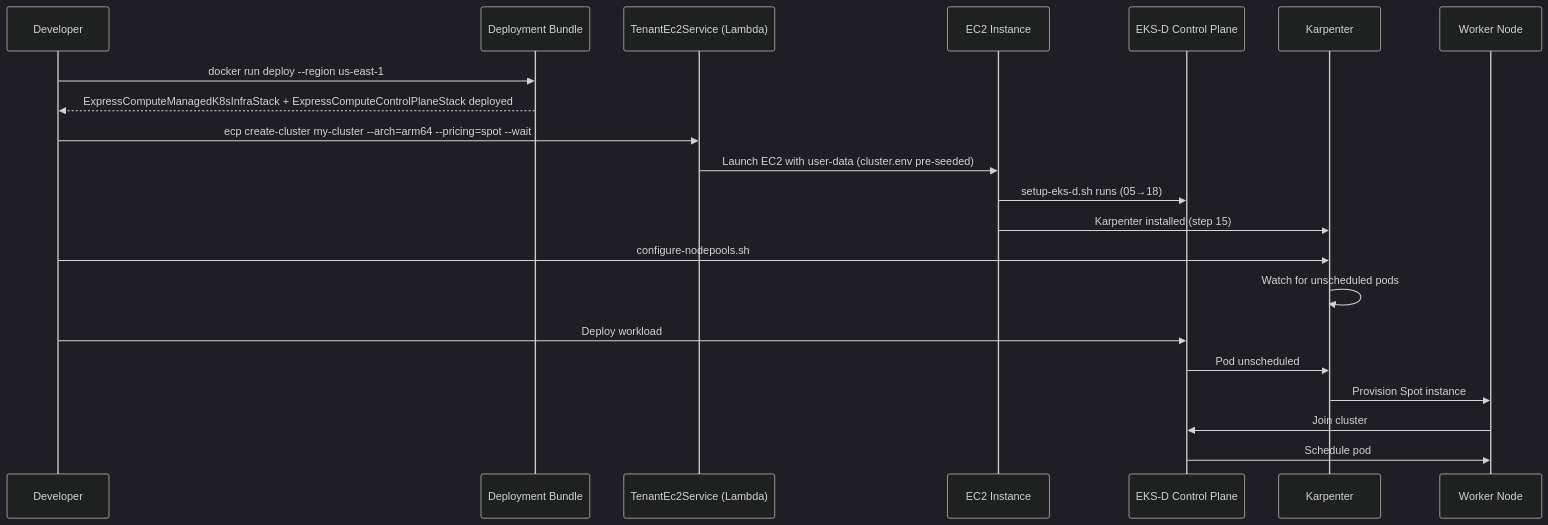
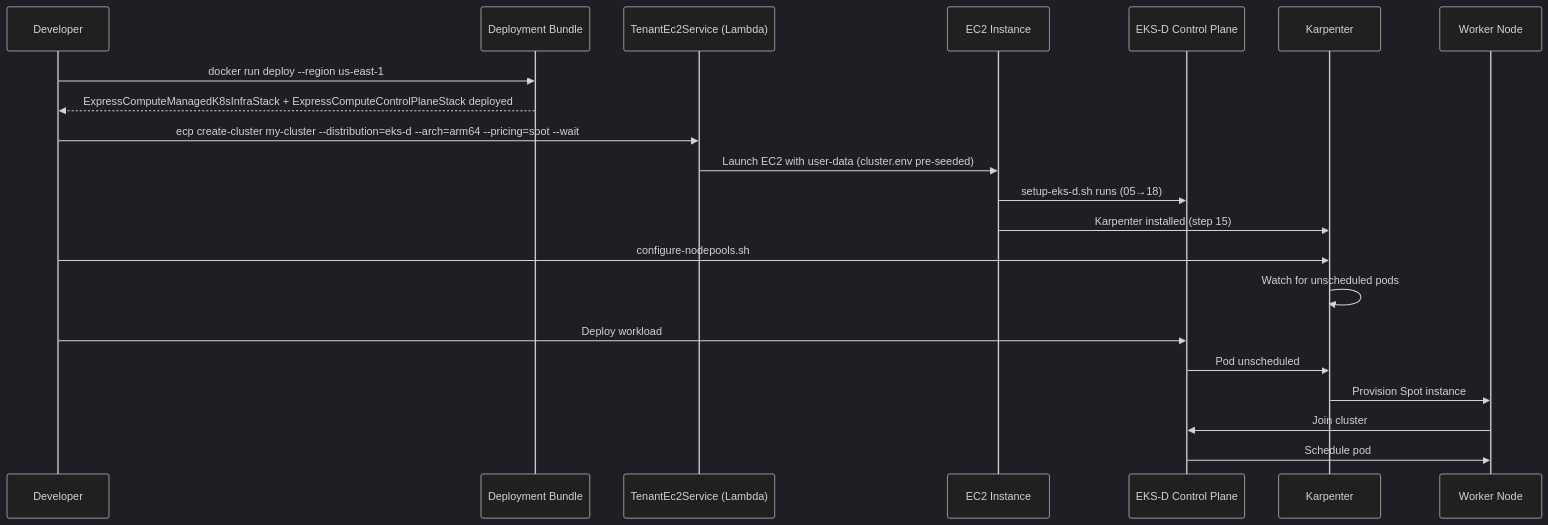
One commit to codriverlabs/express-compute-platform changed the third of 3 diagrams in docs/user-guides/architecture.md. Above: the diagram before and after it, drawn with Mermaid (dark theme). The commit also changed 6 other files, not shown here.

````diff
--- a/docs/user-guides/architecture.md
+++ b/docs/user-guides/architecture.md
@@ -108,27 +108,27 @@
 ```mermaid
 sequenceDiagram
     participant Dev as Developer
     participant Bundle as Deployment Bundle
     participant Lambda as TenantEc2Service (Lambda)
     participant EC2 as EC2 Instance
     participant EKS as EKS-D Control Plane
     participant K as Karpenter
     participant Worker as Worker Node
 
     Dev->>Bundle: docker run deploy --region us-east-1
     Bundle-->>Dev: ExpressComputeManagedK8sInfraStack + ExpressComputeControlPlaneStack deployed
 
-    Dev->>Lambda: ecp create-cluster my-cluster --arch=arm64 --pricing=spot --wait
+    Dev->>Lambda: ecp create-cluster my-cluster --distribution=eks-d --arch=arm64 --pricing=spot --wait
     Lambda->>EC2: Launch EC2 with user-data (cluster.env pre-seeded)
     EC2->>EKS: setup-eks-d.sh runs (05→18)
     EC2->>K: Karpenter installed (step 15)
 
     Dev->>K: configure-nodepools.sh
     K->>K: Watch for unscheduled pods
 
     Dev->>EKS: Deploy workload
     EKS->>K: Pod unscheduled
     K->>Worker: Provision Spot instance
     Worker->>EKS: Join cluster
     EKS->>Worker: Schedule pod
 ```
````
